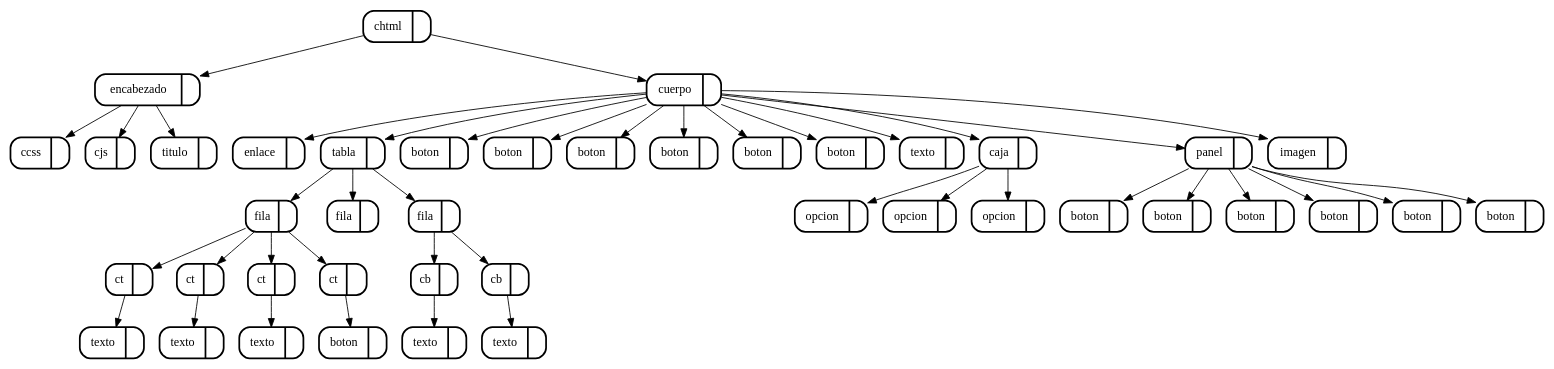
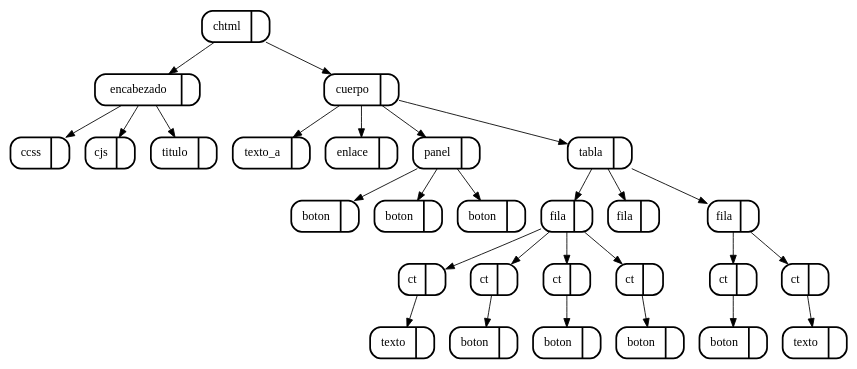
The diagram in USAC_WEB/Imagenes/arbol_dom.dot (skrillfer/1s2018_CMP2P1), drawn with Graphviz before and after one commit. The commit also changed 39 other files, not shown here.

```diff
--- a/USAC_WEB/Imagenes/arbol_dom.dot
+++ b/USAC_WEB/Imagenes/arbol_dom.dot
@@ -1,87 +1,59 @@
 digraph G {
 node[shape=Mrecord]
-124[label="chtml | ",style=bold]
-123[label="encabezado | ",style=bold]
-{124}->{123}
+96[label="chtml | ",style=bold]
+95[label="encabezado | ",style=bold]
+{96}->{95}
 3[label="ccss | ",style=bold]
-{123}->{3}
+{95}->{3}
 7[label="cjs | ",style=bold]
-{123}->{7}
+{95}->{7}
 9[label="titulo | ",style=bold]
-{123}->{9}
-121[label="cuerpo | ",style=bold]
-{124}->{121}
-13[label="enlace | ",style=bold]
-{121}->{13}
-17[label="tabla | ",style=bold]
-{121}->{17}
-36[label="fila | ",style=bold]
-{17}->{36}
-23[label="ct | ",style=bold]
-{36}->{23}
-22[label="texto | ",style=bold]
-{23}->{22}
-26[label="ct | ",style=bold]
-{36}->{26}
-25[label="texto | ",style=bold]
-{26}->{25}
-29[label="ct | ",style=bold]
-{36}->{29}
-28[label="texto | ",style=bold]
-{29}->{28}
-35[label="ct | ",style=bold]
-{36}->{35}
-34[label="boton | ",style=bold]
-{35}->{34}
-39[label="fila | ",style=bold]
-{17}->{39}
-48[label="fila | ",style=bold]
-{17}->{48}
-43[label="cb | ",style=bold]
-{48}->{43}
-42[label="texto | ",style=bold]
-{43}->{42}
-47[label="cb | ",style=bold]
-{48}->{47}
-46[label="texto | ",style=bold]
-{47}->{46}
-52[label="boton | ",style=bold]
-{121}->{52}
-56[label="boton | ",style=bold]
-{121}->{56}
+{95}->{9}
+93[label="cuerpo | ",style=bold]
+{96}->{93}
+12[label="texto_a | ",style=bold]
+{93}->{12}
+16[label="enlace | ",style=bold]
+{93}->{16}
+44[label="panel | ",style=bold]
+{93}->{44}
+28[label="boton | ",style=bold]
+{44}->{28}
+36[label="boton | ",style=bold]
+{44}->{36}
+43[label="boton | ",style=bold]
+{44}->{43}
+91[label="tabla | ",style=bold]
+{93}->{91}
+74[label="fila | ",style=bold]
+{91}->{74}
+55[label="ct | ",style=bold]
+{74}->{55}
+54[label="texto | ",style=bold]
+{55}->{54}
+61[label="ct | ",style=bold]
+{74}->{61}
 60[label="boton | ",style=bold]
-{121}->{60}
-65[label="boton | ",style=bold]
-{121}->{65}
-70[label="boton | ",style=bold]
-{121}->{70}
-75[label="boton | ",style=bold]
-{121}->{75}
-79[label="texto | ",style=bold]
-{121}->{79}
-95[label="caja | ",style=bold]
-{121}->{95}
-87[label="opcion | ",style=bold]
-{95}->{87}
-91[label="opcion | ",style=bold]
-{95}->{91}
-94[label="opcion | ",style=bold]
-{95}->{94}
-114[label="panel | ",style=bold]
-{121}->{114}
-102[label="boton | ",style=bold]
-{114}->{102}
-105[label="boton | ",style=bold]
-{114}->{105}
-107[label="boton | ",style=bold]
-{114}->{107}
-109[label="boton | ",style=bold]
-{114}->{109}
-111[label="boton | ",style=bold]
-{114}->{111}
-113[label="boton | ",style=bold]
-{114}->{113}
-119[label="imagen | ",style=bold]
-{121}->{119}
+{61}->{60}
+67[label="ct | ",style=bold]
+{74}->{67}
+66[label="boton | ",style=bold]
+{67}->{66}
+73[label="ct | ",style=bold]
+{74}->{73}
+72[label="boton | ",style=bold]
+{73}->{72}
+77[label="fila | ",style=bold]
+{91}->{77}
+90[label="fila | ",style=bold]
+{91}->{90}
+84[label="ct | ",style=bold]
+{90}->{84}
+83[label="boton | ",style=bold]
+{84}->{83}
+89[label="ct | ",style=bold]
+{90}->{89}
+88[label="texto | ",style=bold]
+{89}->{88}
 
 }
```
